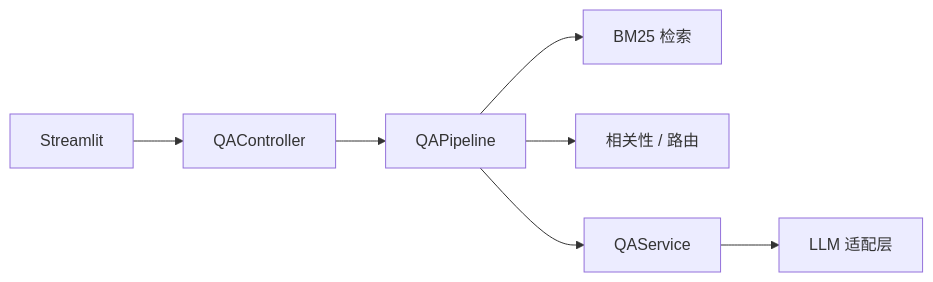
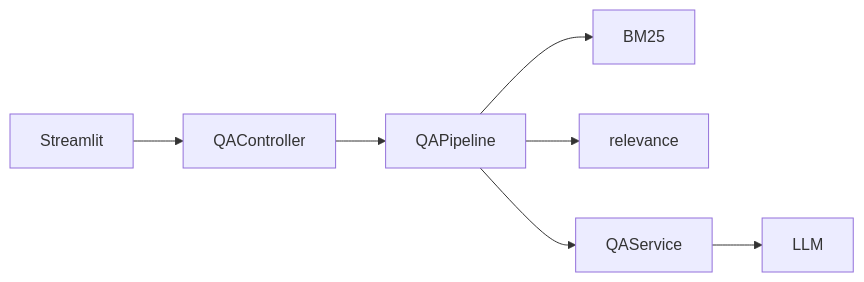
One commit to NEXTsimp/enterprise-qa-mini changed the diagram in README.md. Above: the diagram before and after it, drawn with Mermaid. The commit also changed other lines of this file and 6 other files, not shown here.

Commit message:
docs: 更新 README 与演示截图

````diff
--- a/README.md
+++ b/README.md
@@ -47,9 +181,9 @@
 ```mermaid
 flowchart LR
     UI[Streamlit] --> CTL[QAController]
     CTL --> PIPE[QAPipeline]
-    PIPE --> RET[BM25 检索]
-    PIPE --> REL[相关性 / 路由]
+    PIPE --> RET[BM25]
+    PIPE --> REL[relevance]
     PIPE --> QA[QAService]
-    QA --> LLM[LLM 适配层]
+    QA --> LLM[LLM]
 ```
````
